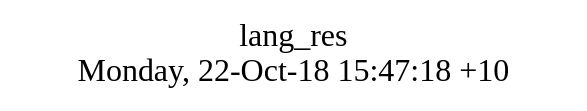
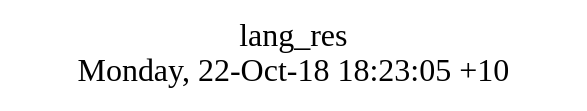
One commit to AplaProject/apps changed the diagram in src/lang_res/struct.dot. Above: the diagram before and after it, drawn with Graphviz. The commit also changed 25 other files, not shown here.

```diff
--- a/src/lang_res/struct.dot
+++ b/src/lang_res/struct.dot
@@ -1,8 +1,8 @@
 digraph G {
 fontsize="24";
-label="lang_res\nMonday, 22-Oct-18 15:47:18 +10";
+label="lang_res\nMonday, 22-Oct-18 18:23:05 +10";
 nojustify=true;
 ordering=out;
 rankdir=LR;
 size="30";
 }
```
